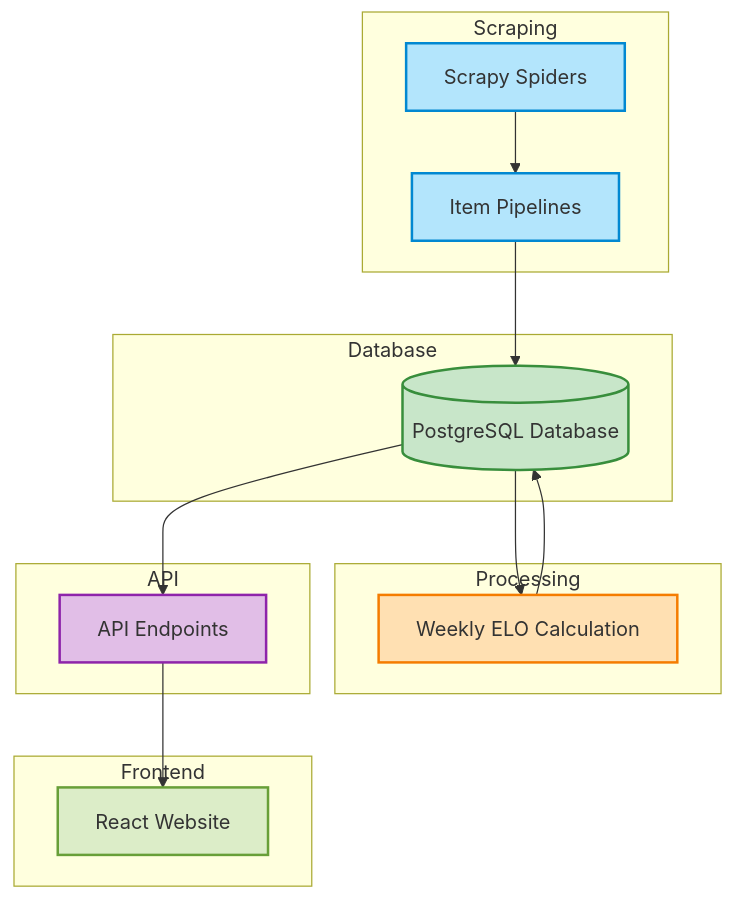
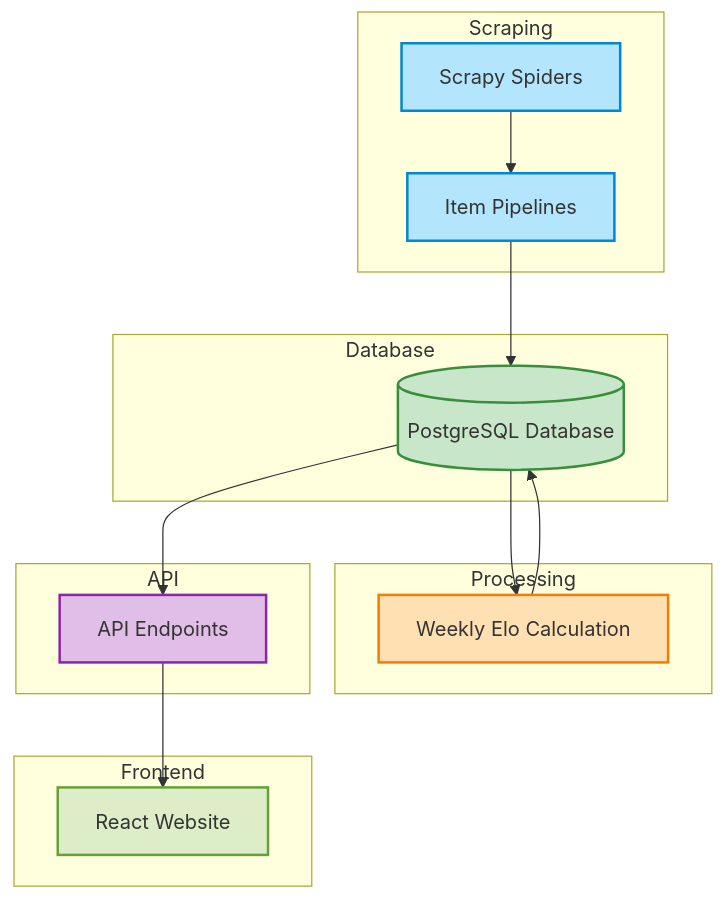
One commit to alpinedev51/mma-elo-engine-py changed the diagram in README.md. Above: the diagram before and after it, drawn with Mermaid. The commit also changed other lines of this file, not shown here.

````diff
--- a/README.md
+++ b/README.md
@@ -69,43 +69,43 @@
 ```mermaid
 flowchart TD
 
     subgraph Scraping
         A1[Scrapy Spiders] --> A2[Item Pipelines]
     end
 
     subgraph Database
         A2 --> B1[(PostgreSQL Database)]
     end
 
     subgraph Processing
-        B1 --> C1[Weekly ELO Calculation]
+        B1 --> C1[Weekly Elo Calculation]
         C1 --> B1
     end
 
     subgraph API
         B1 --> D1[API Endpoints]
     end
 
     subgraph Frontend
         D1 --> E1[React Website]
     end
 
     click A1 "Scrapy Spiders regularly crawl MMA websites for fighter data."
     click A2 "Pipelines process and store the fighter data into the database."
-    click B1 "PostgreSQL database houses fighter data and ELO scores."
-    click C1 "A weekly job calculates and updates ELO ratings."
+    click B1 "PostgreSQL database houses fighter data and Elo scores."
+    click C1 "A weekly job calculates and updates Elo ratings."
     click D1 "APIs provide access to stored data."
     click E1 "Data is displayed on a React-based frontend."
 
     classDef blue fill:#B3E5FC,stroke:#0288D1,stroke-width:2px;
     classDef green fill:#C8E6C9,stroke:#388E3C,stroke-width:2px;
     classDef orange fill:#FFE0B2,stroke:#F57C00,stroke-width:2px;
     classDef purple fill:#E1BEE7,stroke:#8E24AA,stroke-width:2px;
     classDef lightgreen fill:#DCEDC8,stroke:#689F38,stroke-width:2px;
 
     class A1,A2 blue
     class B1 green
     class C1 orange
     class D1 purple
     class E1 lightgreen
 ```
````
